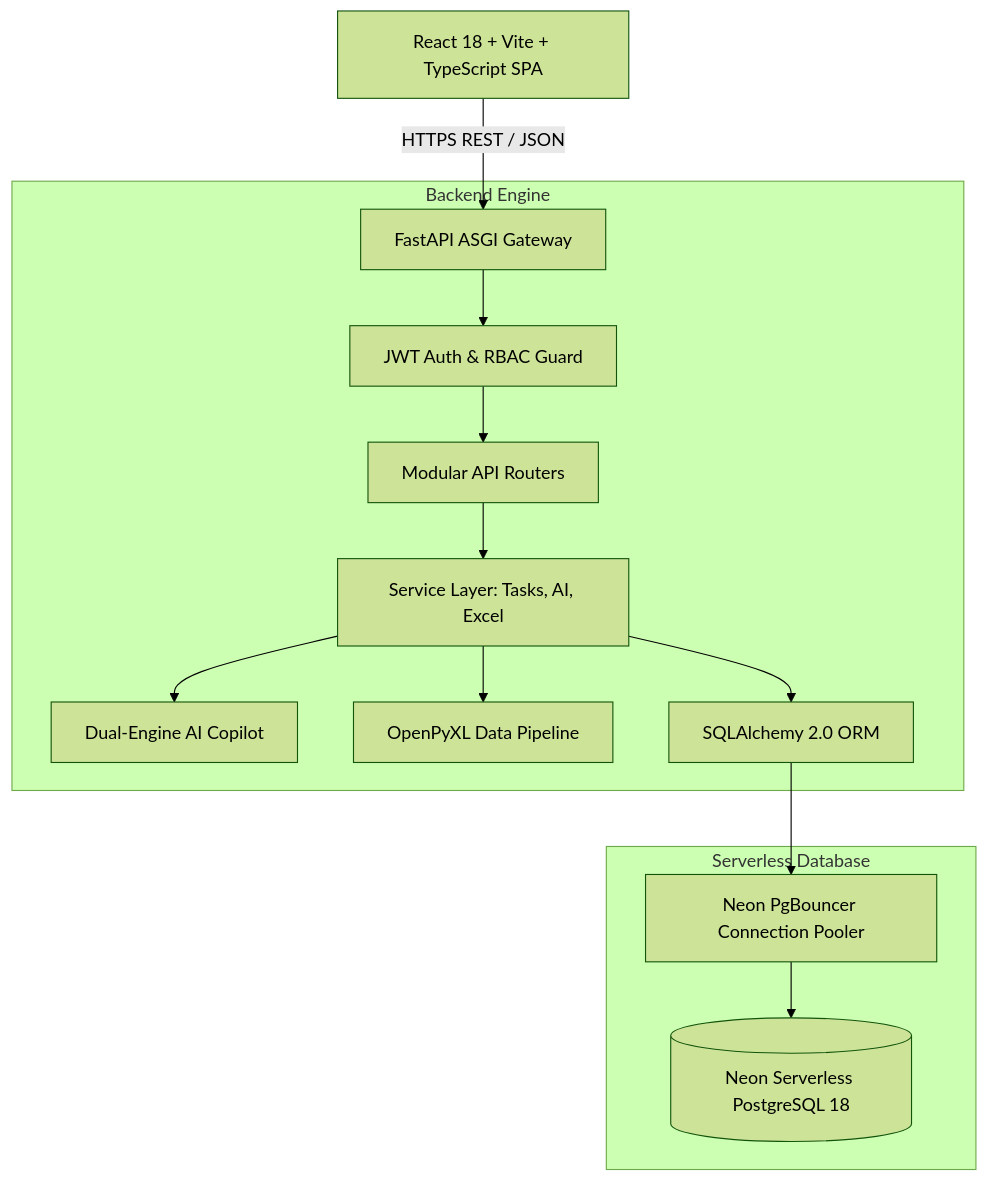
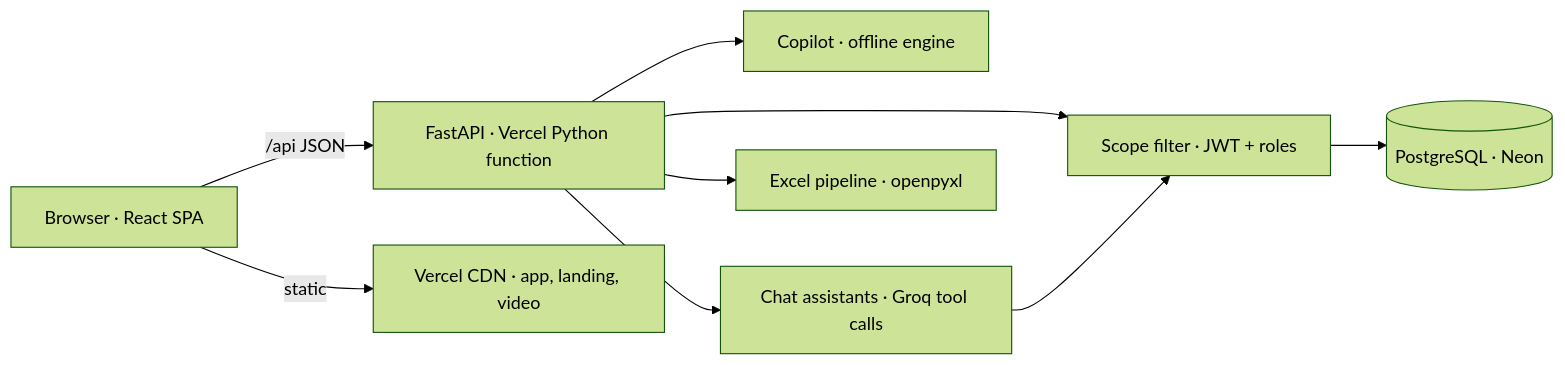
One commit to Hamzaviour/Kairo-AI changed the diagram in README.md. Above: the diagram before and after it, drawn with Mermaid (forest theme). The commit also changed other lines of this file and 26 other files, not shown here.

````diff
--- a/README.md
+++ b/README.md
@@ -55,18 +157,11 @@
 ```mermaid
-graph TD
-    Client[React 18 + Vite + TypeScript SPA] -->|HTTPS REST / JSON| Gateway[FastAPI ASGI Gateway]
-    
-    subgraph Backend Engine
-        Gateway --> AuthMiddleware[JWT Auth & RBAC Guard]
-        AuthMiddleware --> Router[Modular API Routers]
-        Router --> Service[Service Layer: Tasks, AI, Excel]
-        Service --> AIService[Dual-Engine AI Copilot]
-        Service --> ExcelEngine[OpenPyXL Data Pipeline]
-        Service --> ORM[SQLAlchemy 2.0 ORM]
-    end
-
-    subgraph Serverless Database
-        ORM --> Pooler[Neon PgBouncer Connection Pooler]
-        Pooler --> NeonDB[(Neon Serverless PostgreSQL 18)]
-    end
+graph LR
+  B[Browser · React SPA] -->|/api JSON| F[FastAPI · Vercel Python function]
+  B -->|static| V[Vercel CDN · app, landing, video]
+  F --> S[Scope filter · JWT + roles]
+  S --> D[(PostgreSQL · Neon)]
+  F --> C[Copilot · offline engine]
+  F --> A[Chat assistants · Groq tool calls]
+  A --> S
+  F --> X[Excel pipeline · openpyxl]
 ```
````
